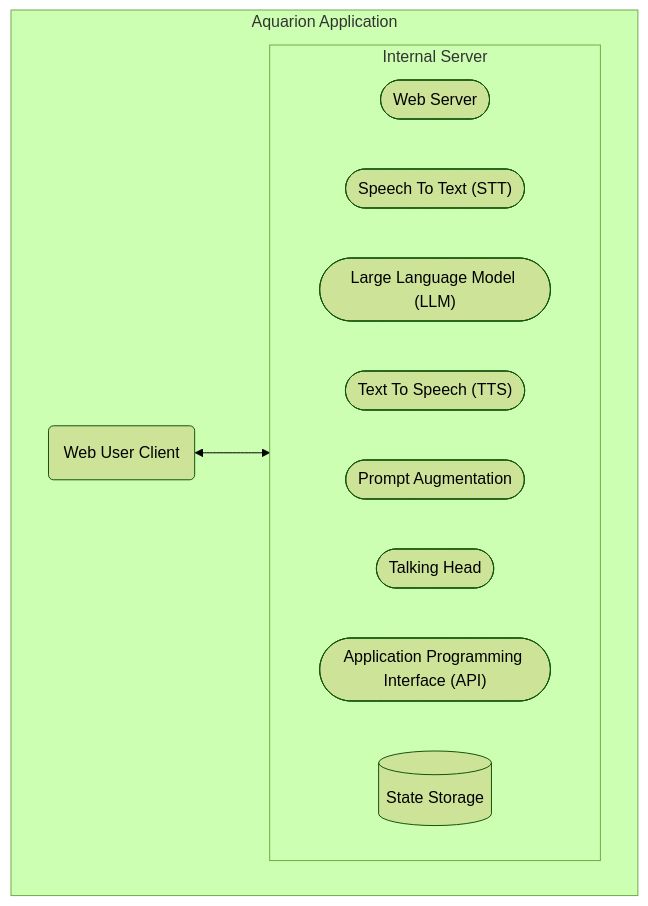
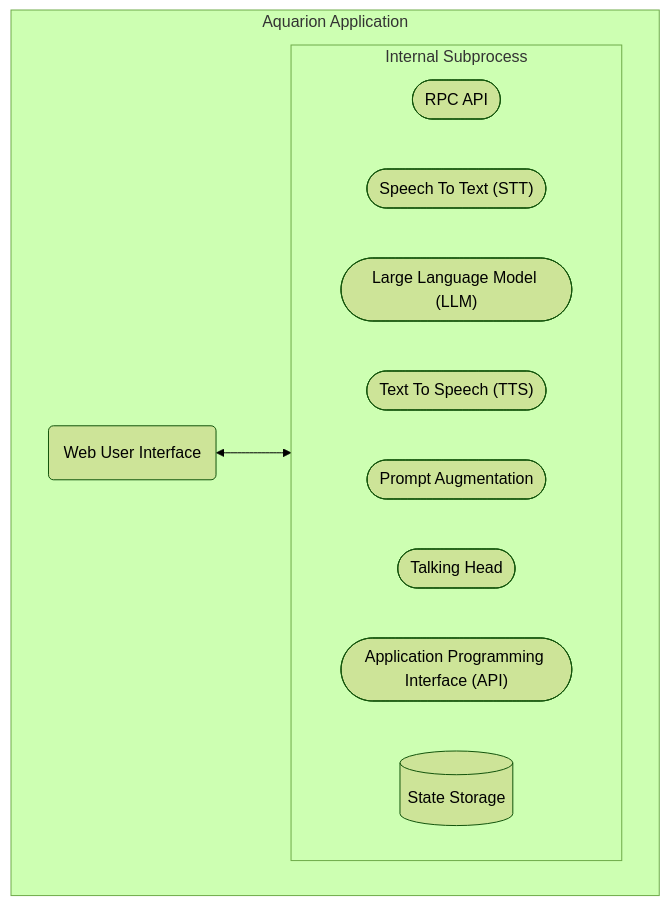
The eighth of 9 diagrams in docs/system_architectures.md (aquarion-ai/aquarion-docs), drawn with Mermaid (forest theme) before and after one commit. The commit also changed other lines of this file, not shown here.

First line of the commit message:
docs: :memo: update the System Architectures doc

````diff
--- a/docs/system_architectures.md
+++ b/docs/system_architectures.md
@@ -345,23 +344,22 @@
 ```mermaid
-   graph LR
+graph LR
 
-   subgraph app[Aquarion Application]
-     direction LR
-     webclient(Web User Client)
+subgraph app[Aquarion Application]
+  direction LR
+  webui(Web User Interface)
 
-     subgraph server[Internal Server]
-       direction LR
-       webserver([Web Server])
-       stt(["Speech To Text (STT)"])
-       llm(["Large Language Model (LLM)"])
-       tts(["Text To Speech (TTS)"])
-       prompt([Prompt Augmentation])
-       head([Talking Head])
-       api(["Application Programming Interface (API)"])
-       db[("State Storage")]
-     end
+  subgraph sub[Internal Subprocess]
+    direction LR
+    rpc([RPC API])
+    stt(["Speech To Text (STT)"])
+    llm(["Large Language Model (LLM)"])
+    tts(["Text To Speech (TTS)"])
+    prompt([Prompt Augmentation])
+    head([Talking Head])
+    api(["Application Programming Interface (API)"])
+    db[("State Storage")]
+  end
 
-     webclient <--> server
-   end
-
+  webui <--> sub
+end
 ```
````
